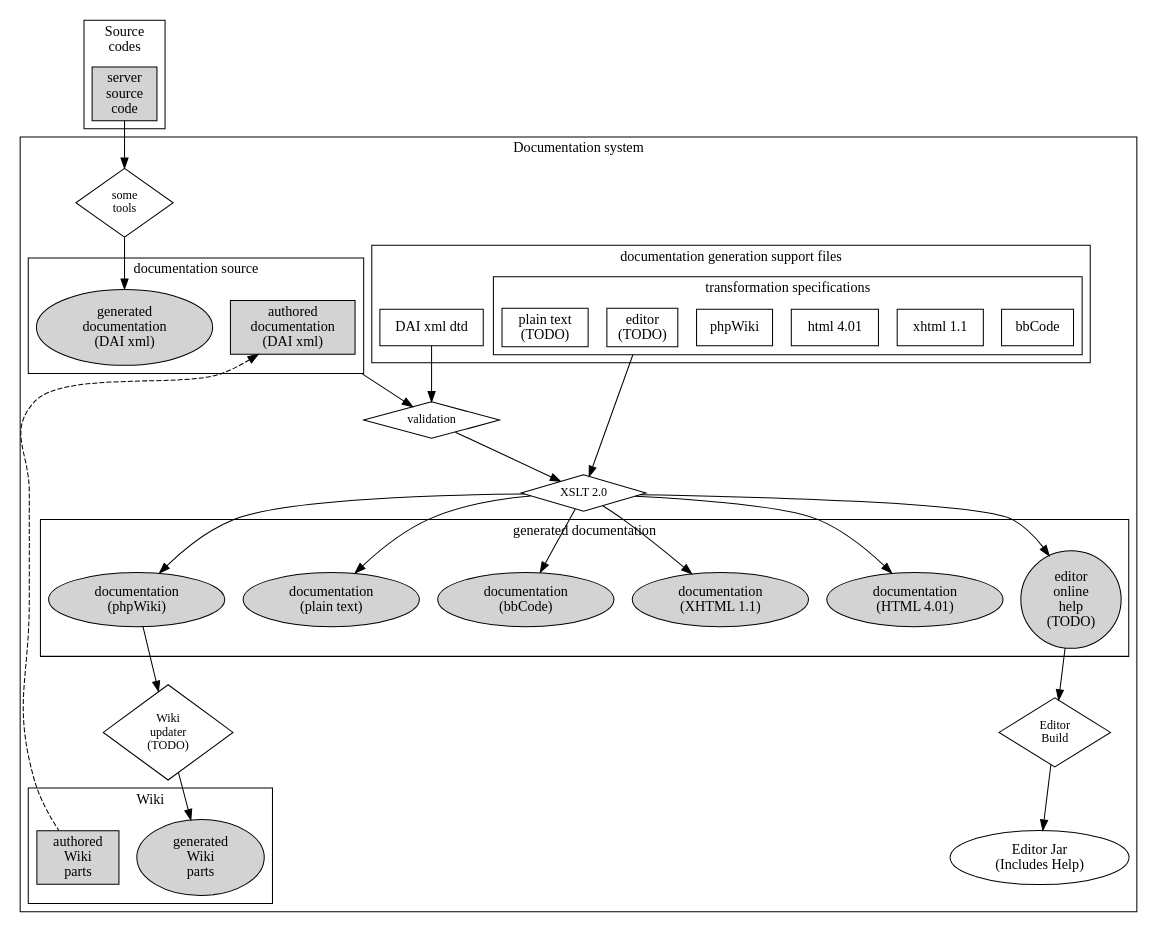
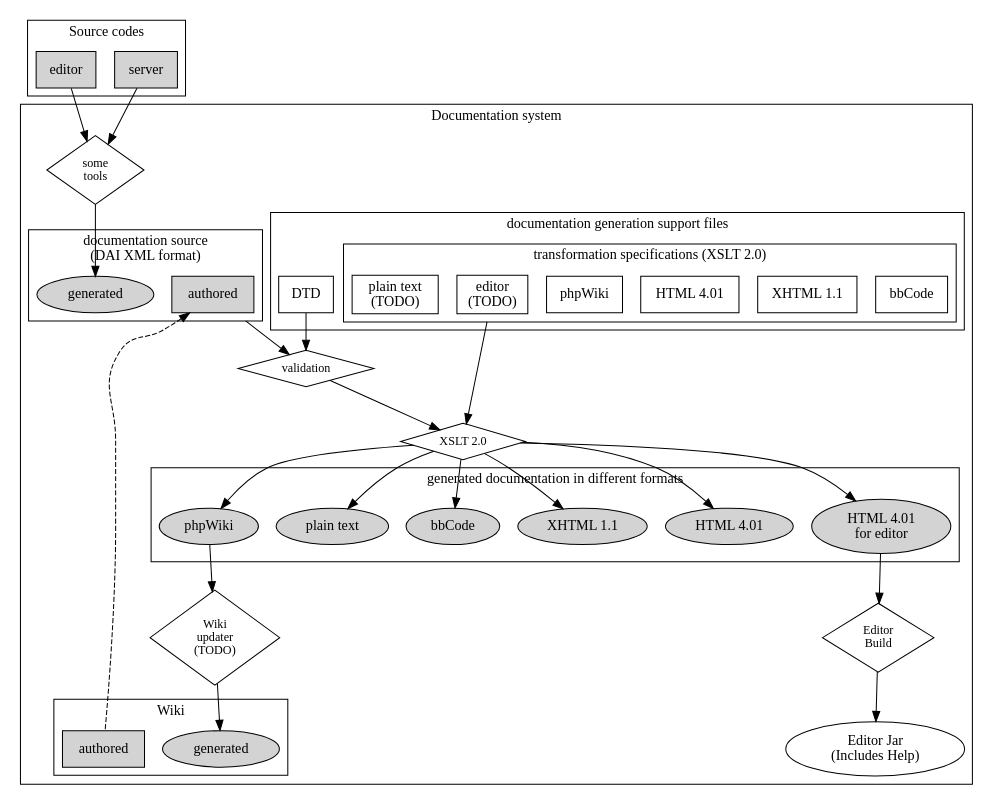
One commit to LukeMS/daimonin changed the diagram in doc/src/dot/documentationsystem.dot. Above: the diagram before and after it, drawn with Graphviz. The commit also changed 1 other file, not shown here.

```diff
--- a/doc/src/dot/documentationsystem.dot
+++ b/doc/src/dot/documentationsystem.dot
@@ -1,73 +1,70 @@
 digraph G {
     compound=true;
     subgraph cluster1 {
-        label="Source\ncodes";
-        "server\nsource\ncode" [fillcolor=lightgray style=filled shape=box];
+        label="Source codes";
+        serverSource [label="server" fillcolor=lightgray style=filled shape=box];
+        editorSource [label="editor" fillcolor=lightgray style=filled shape=box];
     }
     subgraph cluster2 {
         label="Documentation system";
         subgraph cluster4 {
-            label="documentation source";
-            authSource [fillcolor=lightgray style=filled shape=box label="authored\ndocumentation\n(DAI xml)"];
-            genSource  [fillcolor=lightgray style=filled label="generated\ndocumentation\n(DAI xml)"];
+            label="documentation source\n(DAI XML format)";
+            authSource [fillcolor=lightgray style=filled shape=box     label="authored"];
+            genSource  [fillcolor=lightgray style=filled shape=ellipse label="generated"];
         }
         subgraph cluster3 {
             label="Wiki";
-            authWiki [fillcolor=lightgray style=filled label="authored\nWiki\nparts" shape=box];
-            genWiki  [fillcolor=lightgray style=filled label="generated\nWiki\nparts"];
+            authWiki [fillcolor=lightgray style=filled label="authored" shape=box];
+            genWiki  [fillcolor=lightgray style=filled label="generated"];
         }
         subgraph cluster5 {
-            label="generated documentation";
-            "documentation\n(phpWiki)"    [fillcolor=lightgray style=filled shape=ellipse];
-            "documentation\n(HTML 4.01)"  [fillcolor=lightgray style=filled shape=ellipse];
-            "documentation\n(XHTML 1.1)"  [fillcolor=lightgray style=filled shape=ellipse];
-            "documentation\n(bbCode)"     [fillcolor=lightgray style=filled shape=ellipse];
-            "documentation\n(plain text)" [fillcolor=lightgray style=filled shape=ellipse];
-            editorDocumentation [fillcolor=lightgray style=filled shape=ellipse label="editor\nonline\nhelp\n(TODO)"];
+            label="generated documentation in different formats";
+            "phpWiki"    [fillcolor=lightgray style=filled shape=ellipse];
+            "HTML 4.01"  [fillcolor=lightgray style=filled shape=ellipse];
+            "XHTML 1.1"  [fillcolor=lightgray style=filled shape=ellipse];
+            "bbCode"     [fillcolor=lightgray style=filled shape=ellipse];
+            "plain text" [fillcolor=lightgray style=filled shape=ellipse];
+            editorDocumentation [fillcolor=lightgray style=filled shape=ellipse label="HTML 4.01\nfor editor"];
         }
         subgraph cluster6 {
             label="documentation generation support files";
             subgraph cluster7 {
-                label="transformation specifications";
+                label="transformation specifications (XSLT 2.0)";
                 xslt2bbCode  [shape=box label="bbCode"];
-                xslt2xhtml11 [shape=box label="xhtml 1.1"];
-                xslt2html4   [shape=box label="html 4.01"];
+                xslt2xhtml11 [shape=box label="XHTML 1.1"];
+                xslt2html4   [shape=box label="HTML 4.01"];
                 xslt2phpWiki [shape=box label="phpWiki"];
                 xslt2editor  [shape=box label="editor\n(TODO)"];
                 xslt2ascii   [shape=box label="plain text\n(TODO)"];
             }
-            daiDtd [shape=box label="DAI xml dtd"];
+            daiDtd [shape=box label="DTD"];
         }
 
         "validation"    [shape=diamond fontsize=12];
         xslt            [shape=diamond fontsize=12 label="XSLT 2.0"];
         editorBuild     [shape=diamond fontsize=12 label="Editor\nBuild"];
         editor          [shape=ellipse label="Editor Jar\n(Includes Help)"];
         "wiki\nupdater" [shape=diamond fontsize=12 label="Wiki\nupdater\n(TODO)"];
         genTools   [shape=diamond fontsize=12 label="some\ntools"];
 
 
-        "server\nsource\ncode" -> genTools -> genSource;
+        serverSource -> genTools;
+        editorSource -> genTools;
+        genTools -> genSource;
 
-        "documentation\n(phpWiki)" -> "wiki\nupdater" -> genWiki;
+        "phpWiki" -> "wiki\nupdater" -> genWiki;
         authSource -> "validation" [ltail=cluster4];
         daiDtd -> validation;
         validation -> xslt;
         xslt2editor -> xslt [ltail=cluster7];
-        xslt -> "documentation\n(phpWiki)";
-        xslt -> "documentation\n(HTML 4.01)";
-        xslt -> "documentation\n(XHTML 1.1)";
-        xslt -> "documentation\n(bbCode)";
-        xslt -> "documentation\n(plain text)";
+        xslt -> "phpWiki";
+        xslt -> "HTML 4.01";
+        xslt -> "XHTML 1.1";
+        xslt -> "bbCode";
+        xslt -> "plain text";
         xslt -> editorDocumentation;
         authSource -> authWiki [style=dashed dir=back];
         editorDocumentation -> editorBuild;
         editorBuild -> editor;
     }
-    //subgraph cluster0 {
-    //    label="Legend";
-    //    "authored\ndocuments" [shape=box];
-    //    "processing" [shape=circle fontsize=12];
-    //    "generated\ndocuments" [shape=ellipse];
-    //}
 }
```
